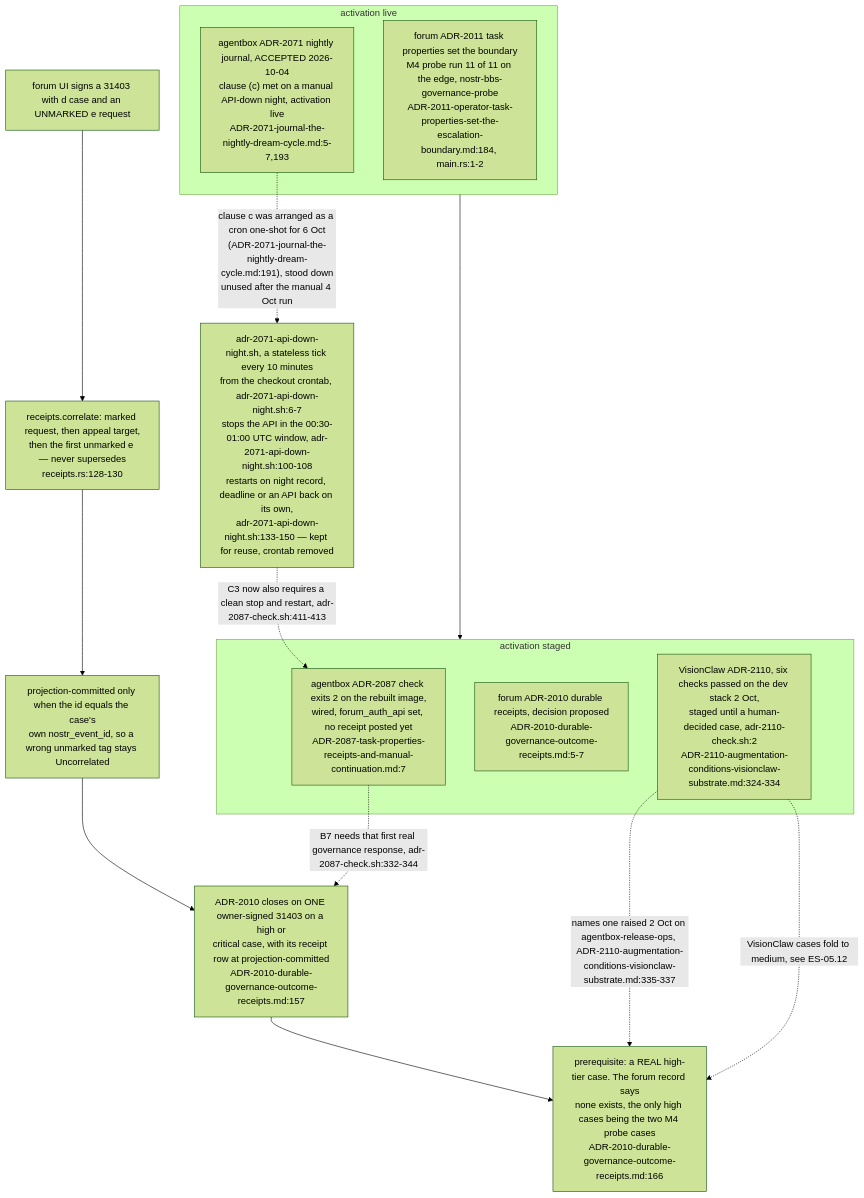
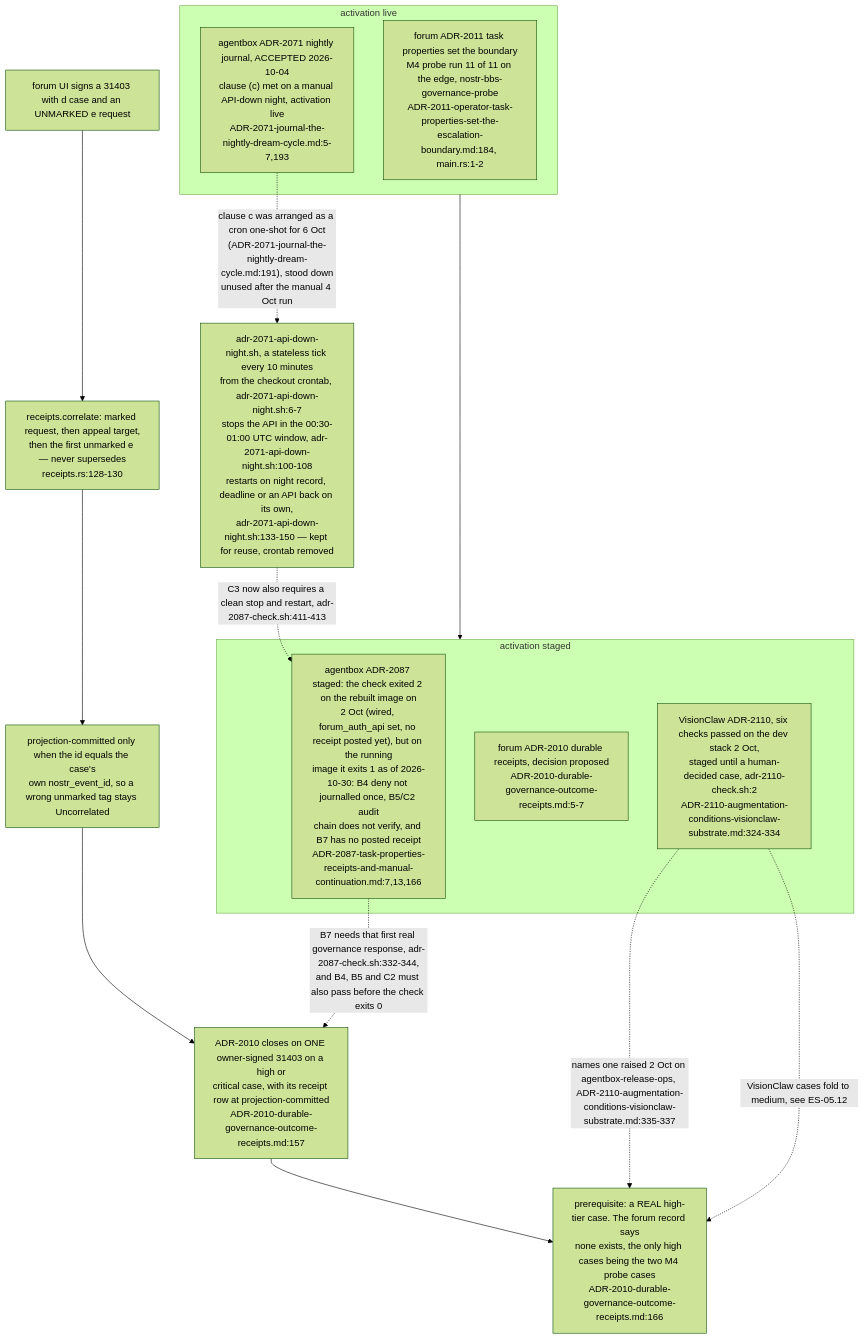
Before and after one commit to DreamLab-AI/VisionFlow: the tenth of 12 diagrams in docs/diagrams/estate/05-governance-loop-across-estate.md, drawn with Mermaid (forest theme). The commit also changed other lines of this file and 151 other files, not shown here.

````diff
--- a/docs/diagrams/estate/05-governance-loop-across-estate.md
+++ b/docs/diagrams/estate/05-governance-loop-across-estate.md
@@ -330,23 +330,23 @@
 ```mermaid
 flowchart TB
     subgraph LIVE["activation live"]
         F2011["forum ADR-2011 task properties set the boundary<br/>M4 probe run 11 of 11 on the edge, nostr-bbs-governance-probe<br/>ADR-2011-operator-task-properties-set-the-escalation-boundary.md:184, main.rs:1-2"]
         A2071["agentbox ADR-2071 nightly journal, ACCEPTED 2026-10-04<br/>clause (c) met on a manual API-down night, activation live<br/>ADR-2071-journal-the-nightly-dream-cycle.md:5-7,193"]
     end
     A2071 -.->|"clause c was arranged as a cron one-shot for 6 Oct<br/>(ADR-2071-journal-the-nightly-dream-cycle.md:191), stood down<br/>unused after the manual 4 Oct run"| ONESHOT["adr-2071-api-down-night.sh, a stateless tick every 10 minutes<br/>from the checkout crontab, adr-2071-api-down-night.sh:6-7<br/>stops the API in the 00:30-01:00 UTC window, adr-2071-api-down-night.sh:100-108<br/>restarts on night record, deadline or an API back on its own,<br/>adr-2071-api-down-night.sh:133-150 — kept for reuse, crontab removed"]
     ONESHOT -.->|"C3 now also requires a clean stop and restart, adr-2087-check.sh:411-413"| A2087
     subgraph STAGED["activation staged"]
-        A2087["agentbox ADR-2087 check exits 2 on the rebuilt image,<br/>wired, forum_auth_api set, no receipt posted yet<br/>ADR-2087-task-properties-receipts-and-manual-continuation.md:7"]
+        A2087["agentbox ADR-2087 staged: the check exited 2 on the rebuilt image on<br/>2 Oct (wired, forum_auth_api set, no receipt posted yet), but on the running<br/>image it exits 1 as of 2026-10-30: B4 deny not journalled once, B5/C2 audit<br/>chain does not verify, and B7 has no posted receipt<br/>ADR-2087-task-properties-receipts-and-manual-continuation.md:7,13,166"]
         F2010["forum ADR-2010 durable receipts, decision proposed<br/>ADR-2010-durable-governance-outcome-receipts.md:5-7"]
         V2110["VisionClaw ADR-2110, six checks passed on the dev stack 2 Oct,<br/>staged until a human-decided case, adr-2110-check.sh:2<br/>ADR-2110-augmentation-conditions-visionclaw-substrate.md:324-334"]
     end
     LIVE --> STAGED
 
     UI["forum UI signs a 31403 with d case and an UNMARKED e request"] --> COR["receipts.correlate: marked request, then appeal target,<br/>then the first unmarked e — never supersedes<br/>receipts.rs:128-130"]
     COR --> PROJ["projection-committed only when the id equals the case's<br/>own nostr_event_id, so a wrong unmarked tag stays Uncorrelated"]
     PROJ --> ACC["ADR-2010 closes on ONE owner-signed 31403 on a high or<br/>critical case, with its receipt row at projection-committed<br/>ADR-2010-durable-governance-outcome-receipts.md:157"]
     ACC --> NOCASE["prerequisite: a REAL high-tier case. The forum record says<br/>none exists, the only high cases being the two M4 probe cases<br/>ADR-2010-durable-governance-outcome-receipts.md:166"]
     V2110 -.->|"names one raised 2 Oct on agentbox-release-ops, ADR-2110-augmentation-conditions-visionclaw-substrate.md:335-337"| NOCASE
     V2110 -.->|"VisionClaw cases fold to medium, see ES-05.12"| NOCASE
-    A2087 -.->|"B7 needs that first real governance response, adr-2087-check.sh:332-344"| ACC
+    A2087 -.->|"B7 needs that first real governance response, adr-2087-check.sh:332-344,<br/>and B4, B5 and C2 must also pass before the check exits 0"| ACC
 ```
````
